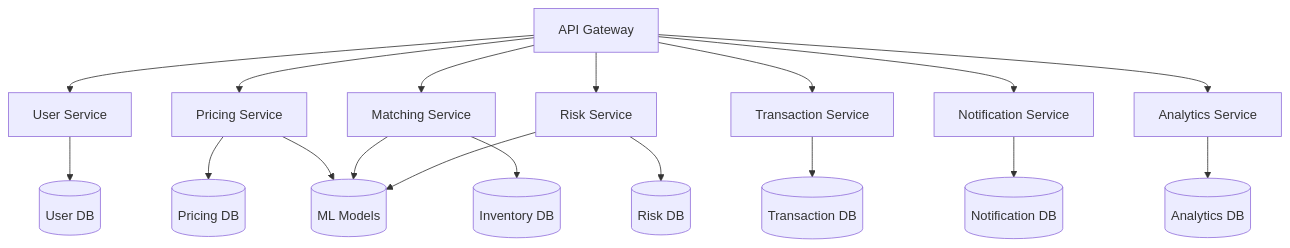
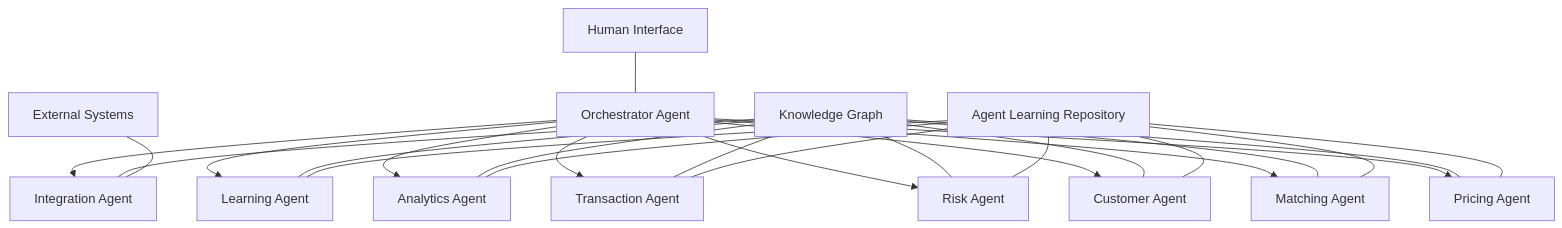
Before and after one commit to SquizAI/flipmymiles: the first of 3 diagrams in implementation/technical-implementation.md, drawn with Mermaid. The commit also changed other lines of this file and 2 other files, not shown here.

Commit message:
Add comprehensive customer discovery strategy with real examples of high-volume credit card spenders

````diff
--- a/implementation/technical-implementation.md
+++ b/implementation/technical-implementation.md
@@ -63,21 +68,31 @@
 ```mermaid
 graph TD
-    A[API Gateway] --> B[User Service]
-    A --> C[Pricing Service]
-    A --> D[Matching Service]
-    A --> E[Risk Service]
-    A --> F[Transaction Service]
-    A --> G[Notification Service]
-    A --> H[Analytics Service]
+    A[Orchestrator Agent] --> B[Pricing Agent]
+    A --> C[Matching Agent]
+    A --> D[Customer Agent]
+    A --> E[Risk Agent]
+    A --> F[Transaction Agent]
+    A --> G[Analytics Agent]
+    A --> H[Learning Agent]
+    A --> I[Integration Agent]
     
-    B --> I[(User DB)]
-    C --> J[(Pricing DB)]
-    C --> K[(ML Models)]
-    D --> L[(Inventory DB)]
-    D --> K
-    E --> M[(Risk DB)]
-    E --> K
-    F --> N[(Transaction DB)]
-    G --> O[(Notification DB)]
-    H --> P[(Analytics DB)]
+    J[Knowledge Graph] --- B
+    J --- C
+    J --- D
+    J --- E
+    J --- F
+    J --- G
+    J --- H
+    J --- I
+    
+    K[Human Interface] --- A
+    L[External Systems] --- I
+    
+    M[Agent Learning Repository] --- B
+    M --- C
+    M --- D
+    M --- E
+    M --- F
+    M --- G
+    M --- H
 ```
````
